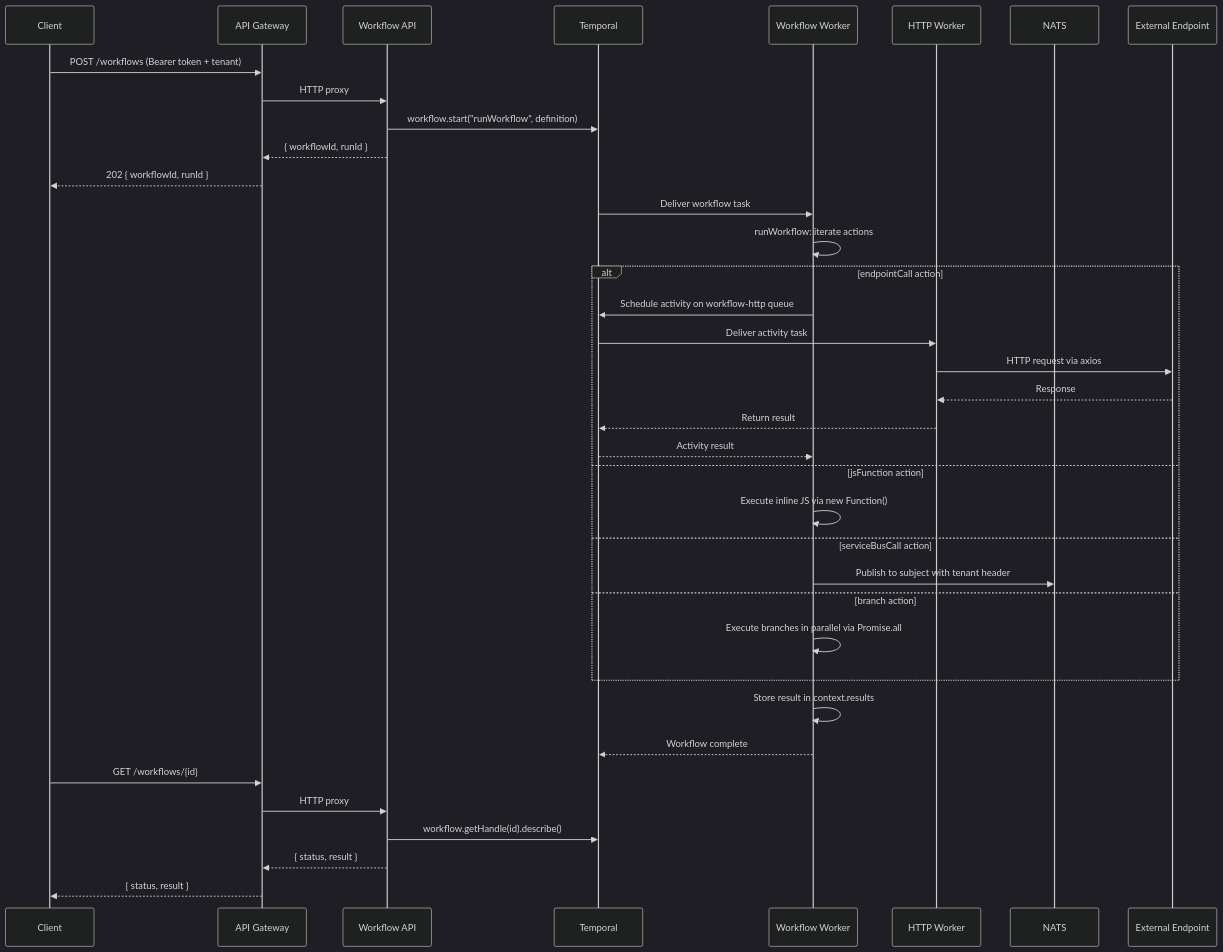
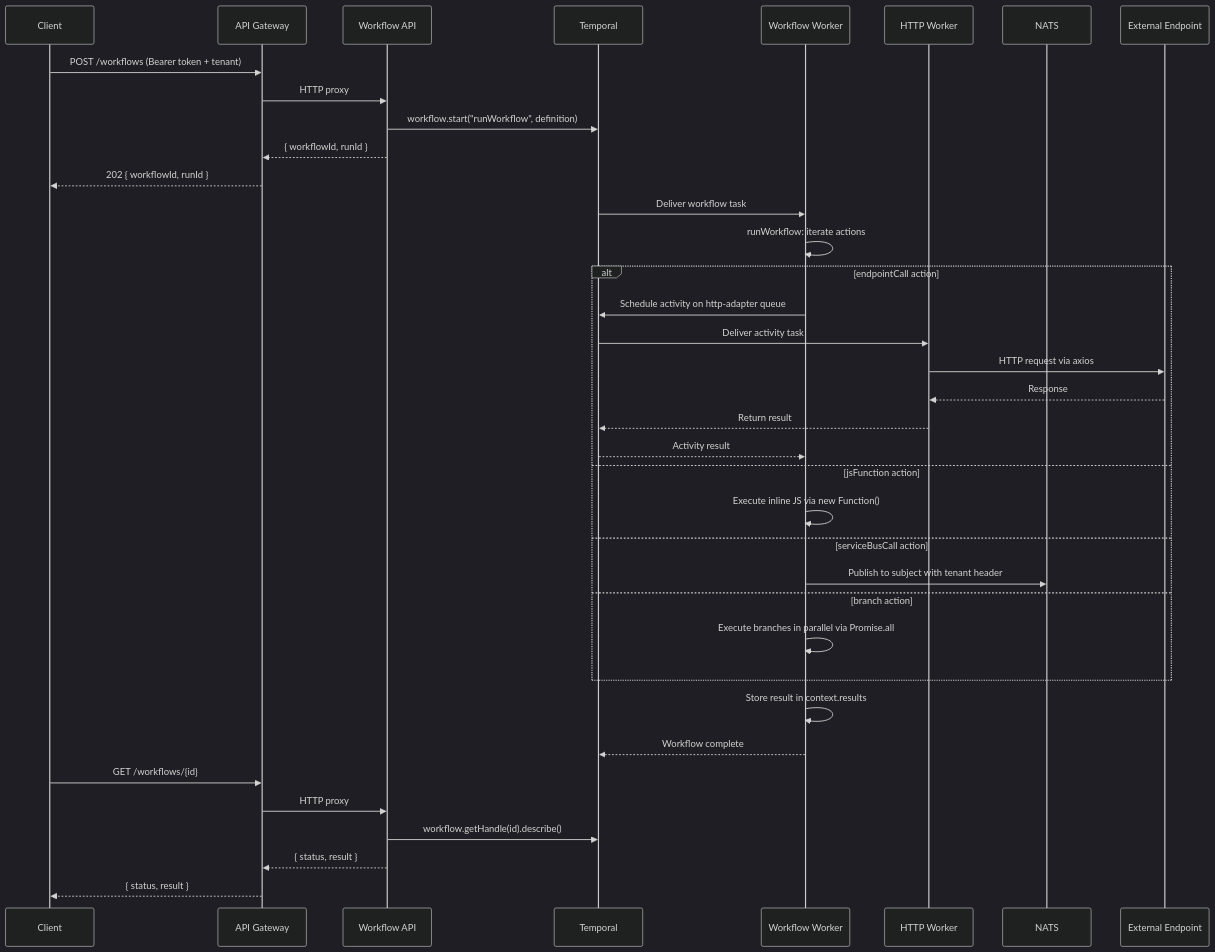
Before and after one commit to ccarnero/colloqui: the sixth of 16 diagrams in DOCS/ARCHITECTURE.md, drawn with Mermaid (dark theme). The commit also changed other lines of this file and 431 other files, not shown here.

````diff
--- a/DOCS/ARCHITECTURE.md
+++ b/DOCS/ARCHITECTURE.md
@@ -251,44 +251,44 @@
 ```mermaid
 sequenceDiagram
     participant C as Client
     participant GW as API Gateway
     participant WF as Workflow API
     participant T as Temporal
     participant WW as Workflow Worker
     participant HW as HTTP Worker
     participant NATS as NATS
     participant EXT as External Endpoint
 
     C->>GW: POST /workflows (Bearer token + tenant)
     GW->>WF: HTTP proxy
     WF->>T: workflow.start("runWorkflow", definition)
     WF-->>GW: { workflowId, runId }
     GW-->>C: 202 { workflowId, runId }
 
     T->>WW: Deliver workflow task
     WW->>WW: runWorkflow: iterate actions
 
     alt endpointCall action
-        WW->>T: Schedule activity on workflow-http queue
+        WW->>T: Schedule activity on http-adapter queue
         T->>HW: Deliver activity task
         HW->>EXT: HTTP request via axios
         EXT-->>HW: Response
         HW-->>T: Return result
         T-->>WW: Activity result
     else jsFunction action
         WW->>WW: Execute inline JS via new Function()
     else serviceBusCall action
         WW->>NATS: Publish to subject with tenant header
     else branch action
         WW->>WW: Execute branches in parallel via Promise.all
     end
 
     WW->>WW: Store result in context.results
     WW-->>T: Workflow complete
 
     C->>GW: GET /workflows/{id}
     GW->>WF: HTTP proxy
     WF->>T: workflow.getHandle(id).describe()
     WF-->>GW: { status, result }
     GW-->>C: { status, result }
 ```
````
